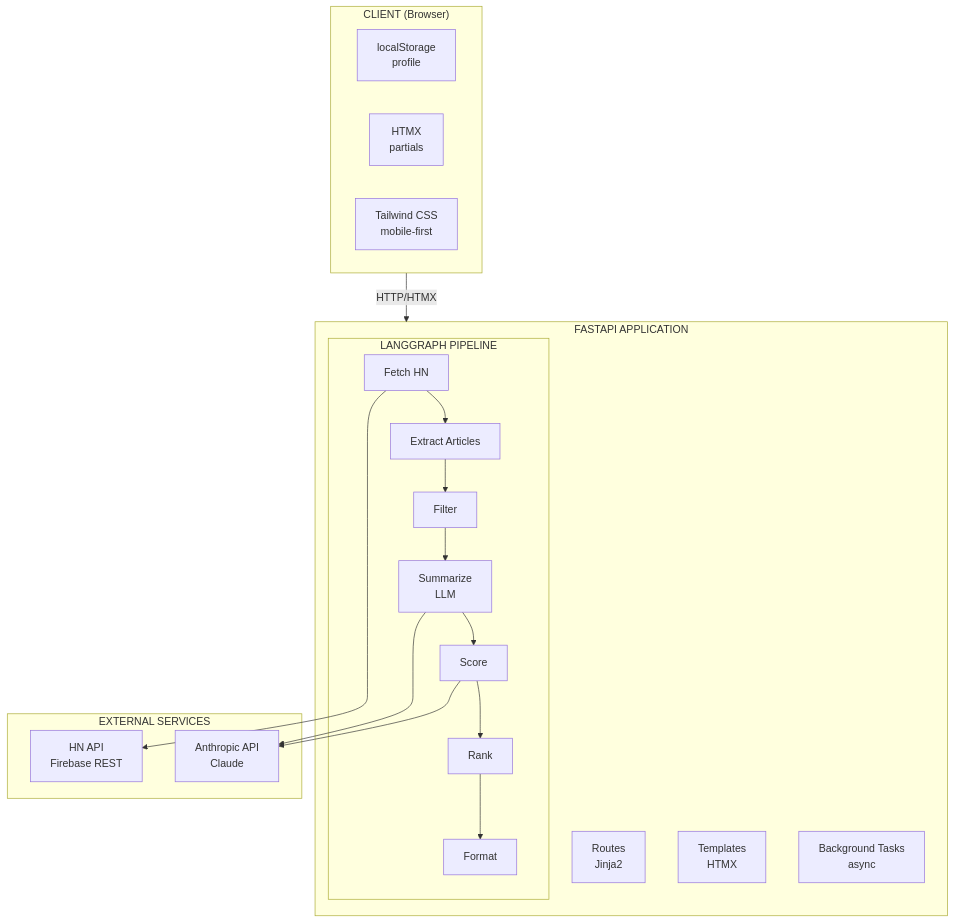
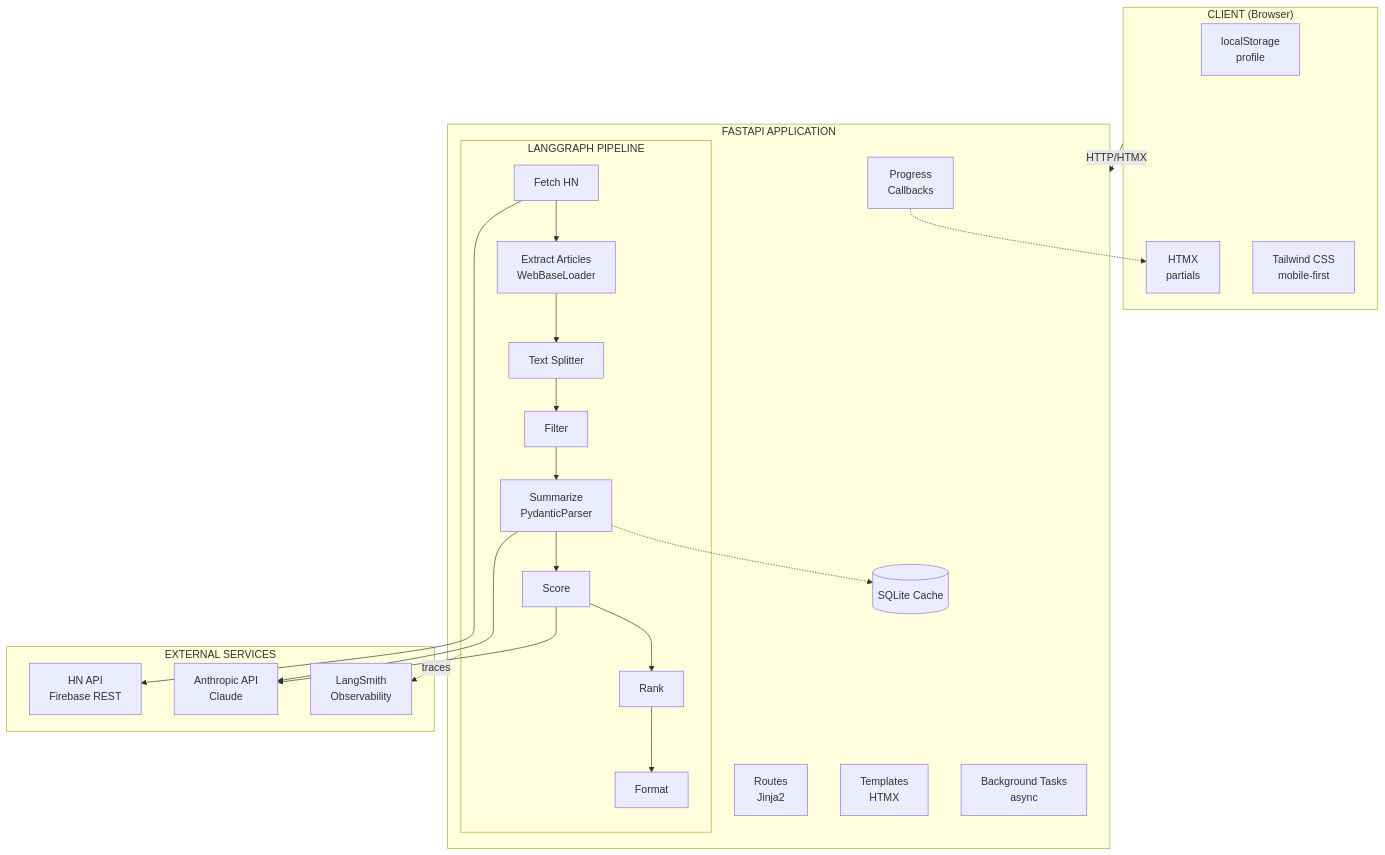
The first of 5 diagrams in docs/architecture.md (darth-dodo/hn-herald), drawn with Mermaid before and after one commit. The commit also changed other lines of this file, not shown here.

First line of the commit message:
Add comprehensive LangChain ecosystem integration

````diff
--- a/docs/architecture.md
+++ b/docs/architecture.md
@@ -30,33 +30,40 @@
 ```mermaid
 graph TB
     subgraph Browser["CLIENT (Browser)"]
-        LS[localStorage<br/>profile]
+        LocalS[localStorage<br/>profile]
         HTMX[HTMX<br/>partials]
         TW[Tailwind CSS<br/>mobile-first]
     end
 
     subgraph FastAPI["FASTAPI APPLICATION"]
         Routes[Routes<br/>Jinja2]
         Templates[Templates<br/>HTMX]
         Tasks[Background Tasks<br/>async]
+        Cache[(SQLite Cache)]
 
         subgraph Pipeline["LANGGRAPH PIPELINE"]
-            Fetch[Fetch HN] --> Extract[Extract Articles]
-            Extract --> Filter[Filter]
-            Filter --> Summarize[Summarize<br/>LLM]
+            Fetch[Fetch HN] --> Extract[Extract Articles<br/>WebBaseLoader]
+            Extract --> Split[Text Splitter]
+            Split --> Filter[Filter]
+            Filter --> Summarize[Summarize<br/>PydanticParser]
             Summarize --> Score[Score]
             Score --> Rank[Rank]
             Rank --> Format[Format]
         end
+
+        Callbacks[Progress<br/>Callbacks] -.-> HTMX
     end
 
     subgraph External["EXTERNAL SERVICES"]
         HN[HN API<br/>Firebase REST]
         Claude[Anthropic API<br/>Claude]
+        LangSmith[LangSmith<br/>Observability]
     end
 
     Browser -->|HTTP/HTMX| FastAPI
     Fetch --> HN
     Summarize --> Claude
+    Summarize -.-> Cache
     Score --> Claude
+    Pipeline -.->|traces| LangSmith
 ```
````
